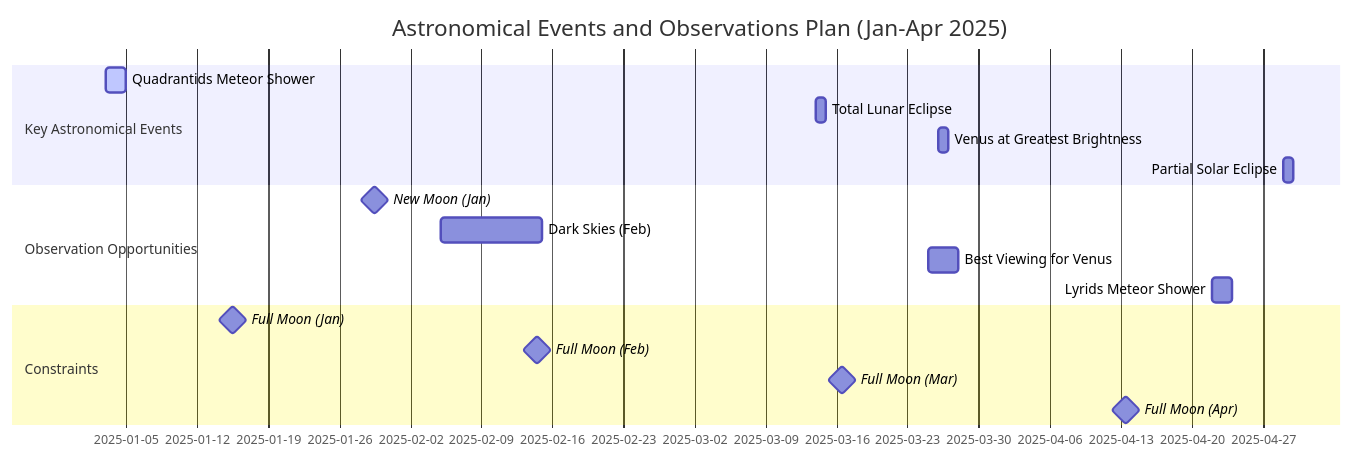
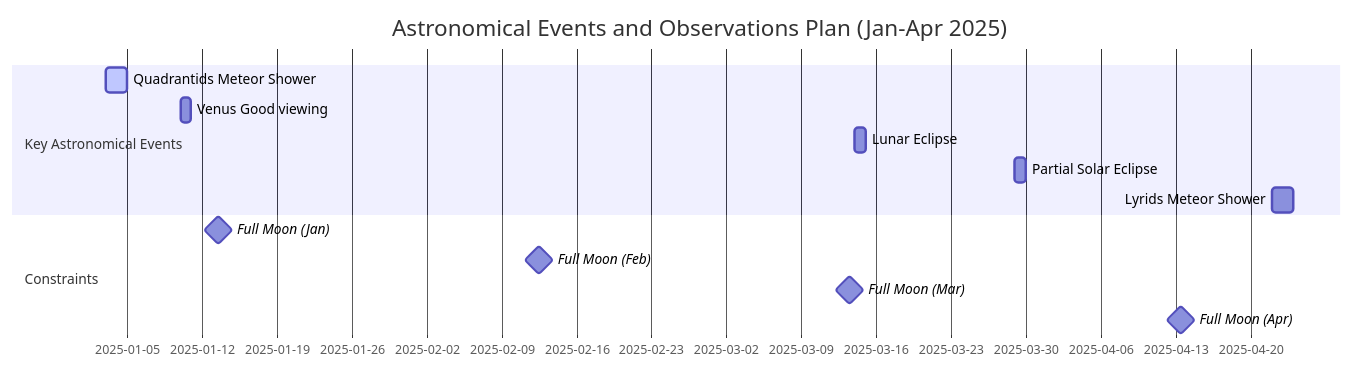
Before and after one commit to upyesp/aas: the diagram in slides/Slides.md, drawn with Mermaid.

Commit message:
plan checked

```diff
--- a/slides/Slides.md
+++ b/slides/Slides.md
@@ -68,20 +68,16 @@
 <div class="mermaid">
 gantt
     title Astronomical Events and Observations Plan (Jan-Apr 2025)
     dateFormat YYYY-MM-DD
     section Key Astronomical Events
         Quadrantids Meteor Shower    :active, ev1, 2025-01-03, 2d
-        Total Lunar Eclipse          :ev2, 2025-03-14, 1d
-        Venus at Greatest Brightness :ev3, 2025-03-26, 1d
-        Partial Solar Eclipse        :ev4, 2025-04-29, 1d
-    section Observation Opportunities
-        New Moon (Jan)               :milestone, nm1, 2025-01-29, 1d
-        Dark Skies (Feb)             :op1, 2025-02-05, 10d
-        Best Viewing for Venus       :op2, 2025-03-25, 3d
-        Lyrids Meteor Shower         :op3, 2025-04-22, 2d
+        Venus Good viewing           :ev2, 2025-01-10, 1d
+        Lunar Eclipse                :ev3, 2025-03-14, 1d
+        Partial Solar Eclipse        :ev4, 2025-03-29, 1d
+        Lyrids Meteor Shower         :ev6, 2025-04-22, 2d
     section Constraints
-        Full Moon (Jan)              :milestone, fm1, 2025-01-15, 1d
-        Full Moon (Feb)              :milestone, fm2, 2025-02-14, 1d
-        Full Moon (Mar)              :milestone, fm3, 2025-03-16, 1d
+        Full Moon (Jan)              :milestone, fm1, 2025-01-13, 1d
+        Full Moon (Feb)              :milestone, fm2, 2025-02-12, 1d
+        Full Moon (Mar)              :milestone, fm3, 2025-03-13, 1d
         Full Moon (Apr)              :milestone, fm3, 2025-04-13, 1d
 </div>
```
